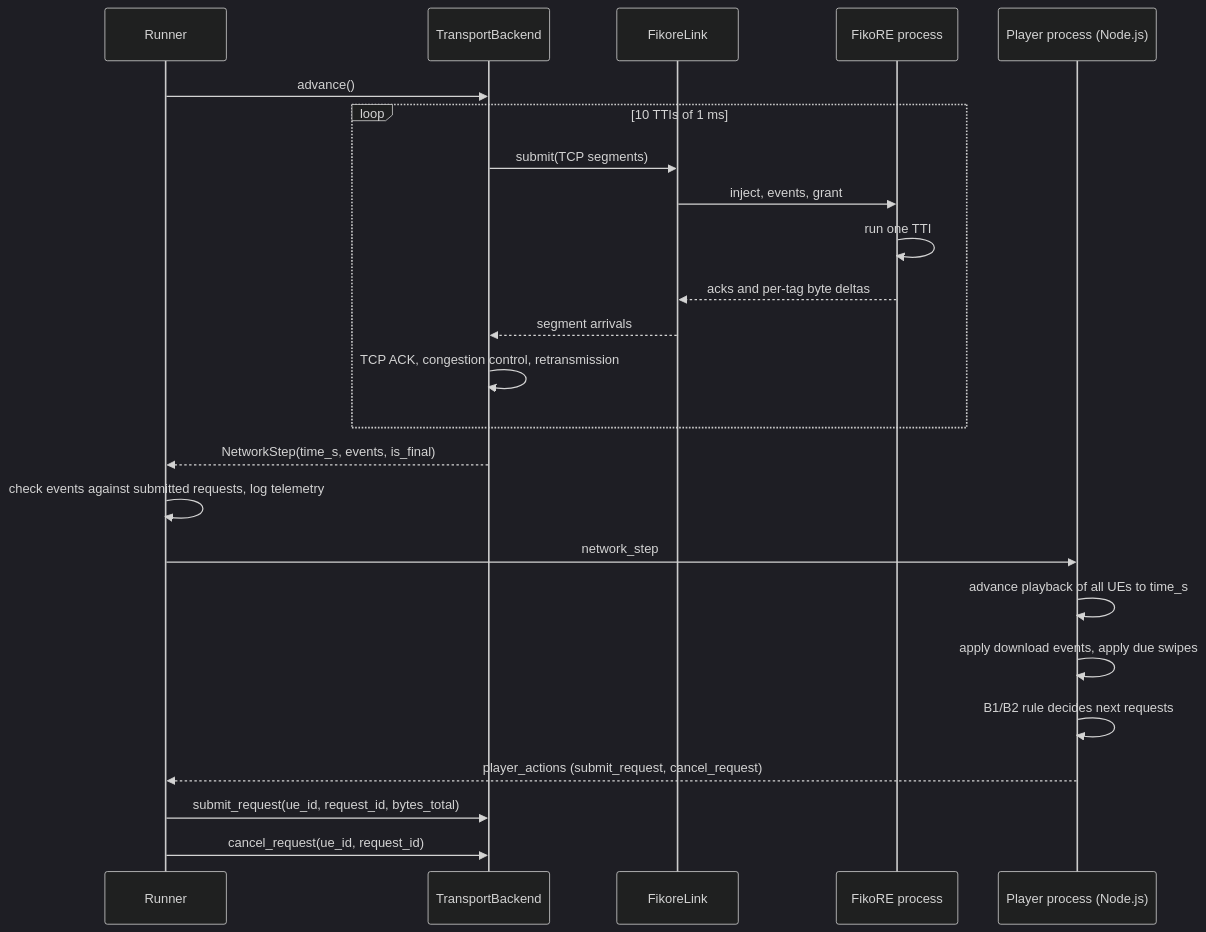
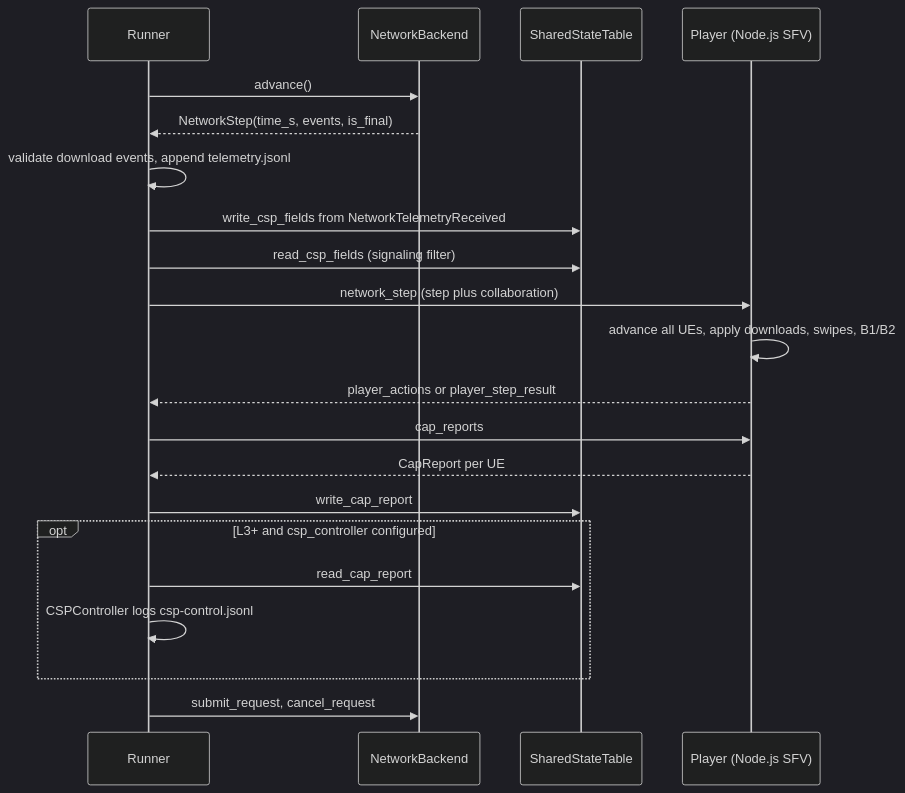
The second of 5 diagrams in docs/architecture.md (VQEG/cap-csp-collaboration-test-pilot), drawn with Mermaid (dark theme) before and after one commit. The commit also changed other lines of this file and 35 other files, not shown here.

First line of the commit message:
feat(collaboration): wire shared table and step IPC bus

````diff
--- a/docs/architecture.md
+++ b/docs/architecture.md
@@ -94,26 +96,23 @@
 ```mermaid
 sequenceDiagram
     participant R as Runner
-    participant B as TransportBackend
-    participant L as FikoreLink
-    participant F as FikoRE process
-    participant P as Player process (Node.js)
+    participant B as NetworkBackend
+    participant T as SharedStateTable
+    participant P as Player (Node.js SFV)
     R->>B: advance()
-    loop 10 TTIs of 1 ms
-        B->>L: submit(TCP segments)
-        L->>F: inject, events, grant
-        F->>F: run one TTI
-        F-->>L: acks and per-tag byte deltas
-        L-->>B: segment arrivals
-        B->>B: TCP ACK, congestion control, retransmission
+    B-->>R: NetworkStep(time_s, events, is_final)
+    R->>R: validate download events, append telemetry.jsonl
+    R->>T: write_csp_fields from NetworkTelemetryReceived
+    R->>T: read_csp_fields (signaling filter)
+    R->>P: network_step (step plus collaboration)
+    P->>P: advance all UEs, apply downloads, swipes, B1/B2
+    P-->>R: player_actions or player_step_result
+    R->>P: cap_reports
+    P-->>R: CapReport per UE
+    R->>T: write_cap_report
+    opt L3+ and csp_controller configured
+        R->>T: read_cap_report
+        R->>R: CSPController logs csp-control.jsonl
     end
-    B-->>R: NetworkStep(time_s, events, is_final)
-    R->>R: check events against submitted requests, log telemetry
-    R->>P: network_step
-    P->>P: advance playback of all UEs to time_s
-    P->>P: apply download events, apply due swipes
-    P->>P: B1/B2 rule decides next requests
-    P-->>R: player_actions (submit_request, cancel_request)
-    R->>B: submit_request(ue_id, request_id, bytes_total)
-    R->>B: cancel_request(ue_id, request_id)
+    R->>B: submit_request, cancel_request
 ```
````
